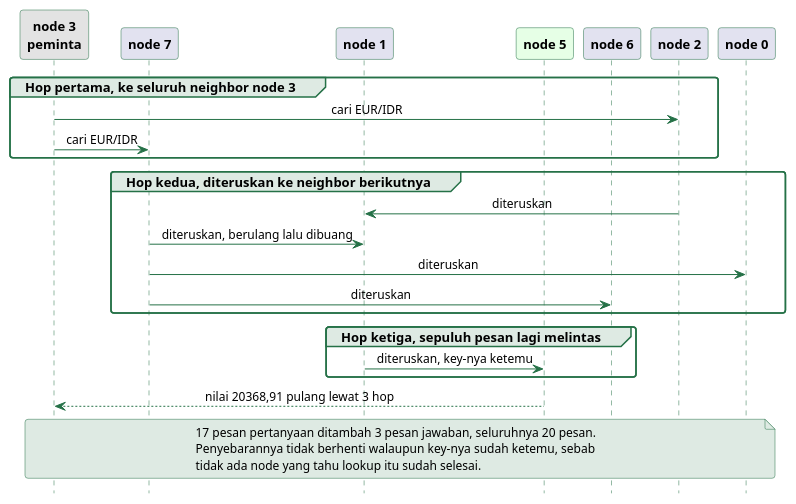
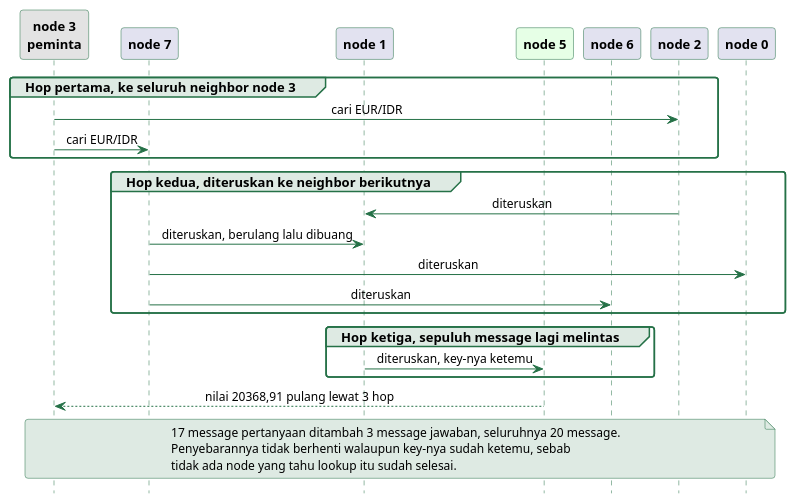
The diagram in sources/chapter07/diagram/sekuens-p2p-unstructured.puml (alfa-yohannis/software-architecture), drawn with PlantUML before and after one commit. The commit also changed other lines of this file and 18 other files, not shown here.

```diff
--- a/sources/chapter07/diagram/sekuens-p2p-unstructured.puml
+++ b/sources/chapter07/diagram/sekuens-p2p-unstructured.puml
@@ -15,60 +15,60 @@
 @startuml
 skinparam backgroundColor transparent
 skinparam defaultFontName Titillium Web
 skinparam defaultFontSize 13
 skinparam shadowing false
 skinparam roundCorner 6
 skinparam sequenceMessageAlignment center
 skinparam sequence {
   ArrowColor #257147
   ArrowFontSize 12
   LifeLineBorderColor #257147
   LifeLineBackgroundColor #DEEAE3
   ParticipantBorderColor #257147
   ParticipantFontColor black
   ParticipantFontSize 13
   ParticipantFontStyle bold
   GroupBackgroundColor #DEEAE3
   GroupBorderColor #257147
   DividerBackgroundColor #DEEAE3
   DividerBorderColor #257147
 }
 skinparam note {
   BackgroundColor #DEEAE3
   BorderColor #257147
   FontSize 12
 }
 hide footbox
 
 participant "node 3\npeminta" as P3 #E3E3E3
 participant "node 7" as P7
 participant "node 1" as P1
 participant "node 5" as P5 #E6FFE6
 participant "node 6" as P6
 participant "node 2" as P2
 participant "node 0" as P0
 
 group Hop pertama, ke seluruh neighbor node 3
   P3 -> P2 : cari EUR/IDR
   P3 -> P7 : cari EUR/IDR
 end
 
 group Hop kedua, diteruskan ke neighbor berikutnya
   P2 -> P1 : diteruskan
   P7 -> P1 : diteruskan, berulang lalu dibuang
   P7 -> P0 : diteruskan
   P7 -> P6 : diteruskan
 end
 
-group Hop ketiga, sepuluh pesan lagi melintas
+group Hop ketiga, sepuluh message lagi melintas
   P1 -> P5 : diteruskan, key-nya ketemu
 end
 
 P5 --> P3 : nilai 20368,91 pulang lewat 3 hop
 
 note over P3, P0
-  17 pesan pertanyaan ditambah 3 pesan jawaban, seluruhnya 20 pesan.
+  17 message pertanyaan ditambah 3 message jawaban, seluruhnya 20 message.
   Penyebarannya tidak berhenti walaupun key-nya sudah ketemu, sebab
   tidak ada node yang tahu lookup itu sudah selesai.
 end note
 @enduml
```
